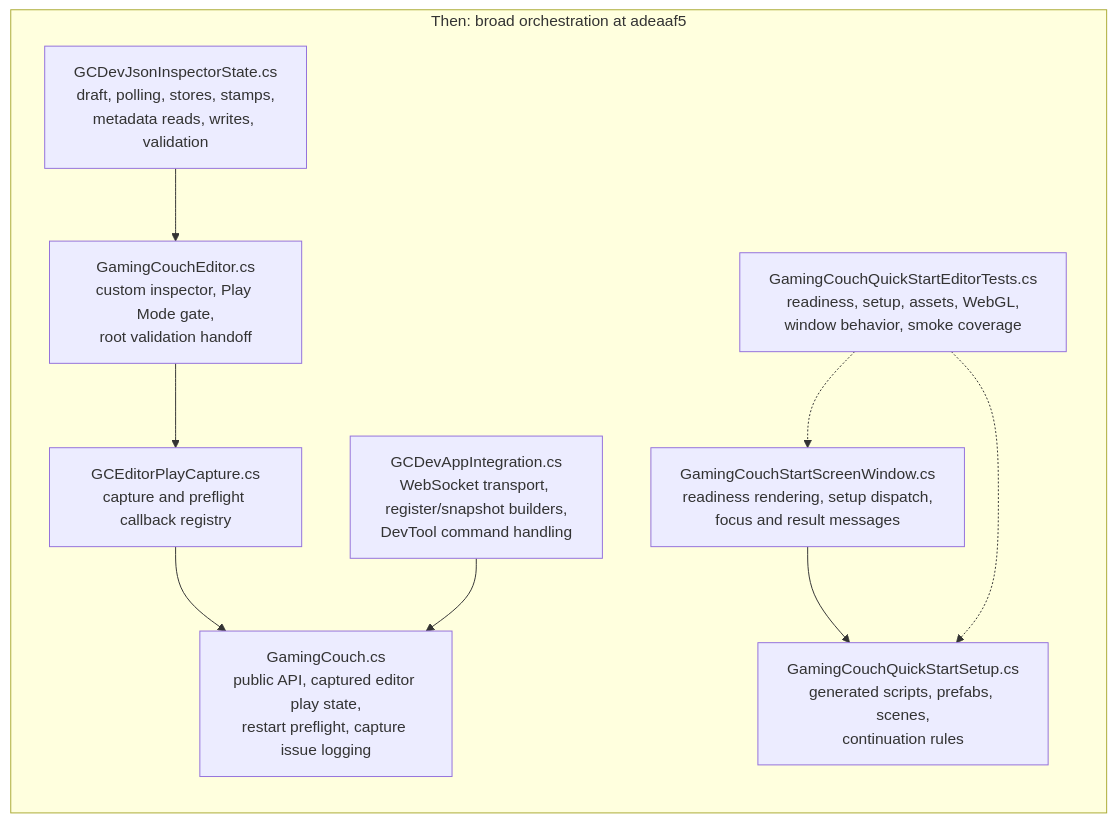
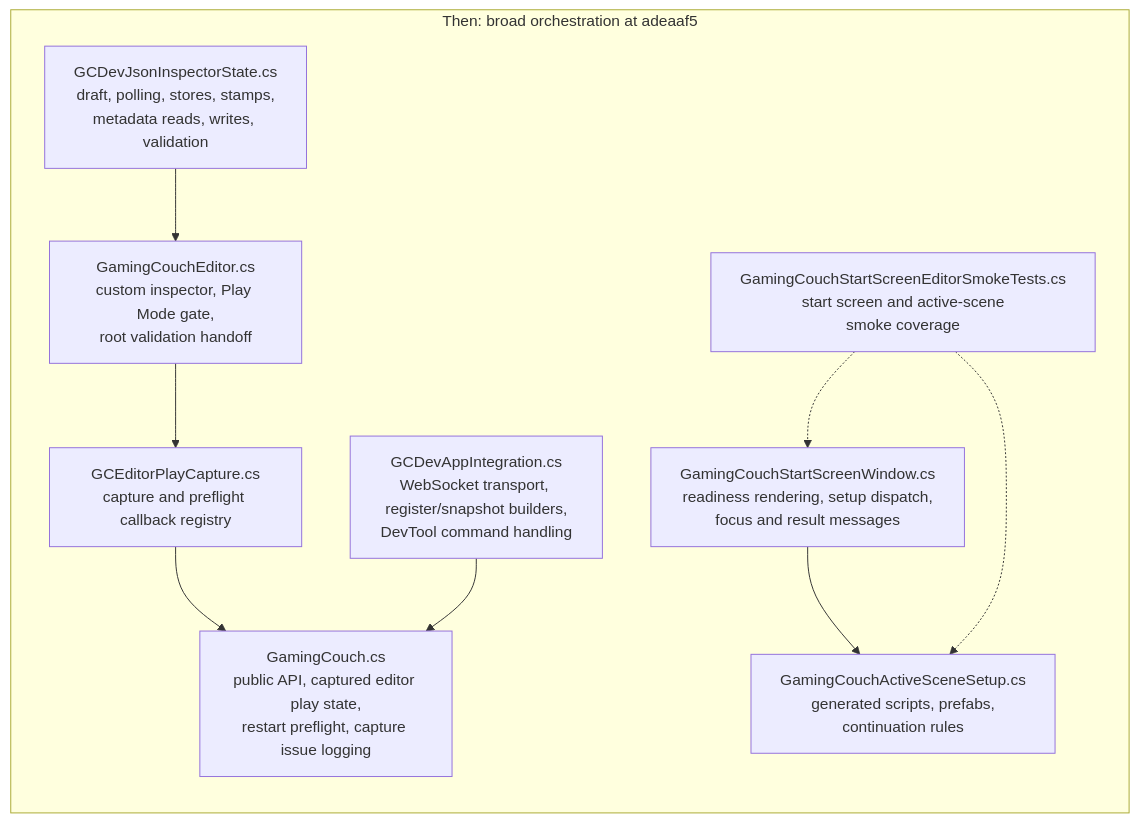
The first of 2 diagrams in docs/architecture/gamingcouch-unity-package-architecture-then-now.md (deadsetbit/gaming-couch-unity), drawn with Mermaid before and after one commit. The commit also changed other lines of this file and 19 other files, not shown here.

Commit message:
Remove quick start scene setup

````diff
--- a/docs/architecture/gamingcouch-unity-package-architecture-then-now.md
+++ b/docs/architecture/gamingcouch-unity-package-architecture-then-now.md
@@ -26,21 +26,21 @@
 ```mermaid
 flowchart LR
   subgraph Then["Then: broad orchestration at adeaaf5"]
     Inspector["GCDevJsonInspectorState.cs<br/>draft, polling, stores, stamps,<br/>metadata reads, writes, validation"]
     Gate["GamingCouchEditor.cs<br/>custom inspector, Play Mode gate,<br/>root validation handoff"]
     Runtime["GamingCouch.cs<br/>public API, captured editor play state,<br/>restart preflight, capture issue logging"]
     Capture["GCEditorPlayCapture.cs<br/>capture and preflight callback registry"]
     DevApp["GCDevAppIntegration.cs<br/>WebSocket transport, register/snapshot builders,<br/>DevTool command handling"]
     Start["GamingCouchStartScreenWindow.cs<br/>readiness rendering, setup dispatch,<br/>focus and result messages"]
-    Setup["GamingCouchQuickStartSetup.cs<br/>generated scripts, prefabs, scenes,<br/>continuation rules"]
-    BroadTests["GamingCouchQuickStartEditorTests.cs<br/>readiness, setup, assets, WebGL,<br/>window behavior, smoke coverage"]
+    Setup["GamingCouchActiveSceneSetup.cs<br/>generated scripts, prefabs,<br/>continuation rules"]
+    BroadTests["GamingCouchStartScreenEditorSmokeTests.cs<br/>start screen and active-scene<br/>smoke coverage"]
   end
 
   Inspector --> Gate
   Gate --> Capture
   Capture --> Runtime
   DevApp --> Runtime
   Start --> Setup
   BroadTests -.-> Start
   BroadTests -.-> Setup
 ```
````
